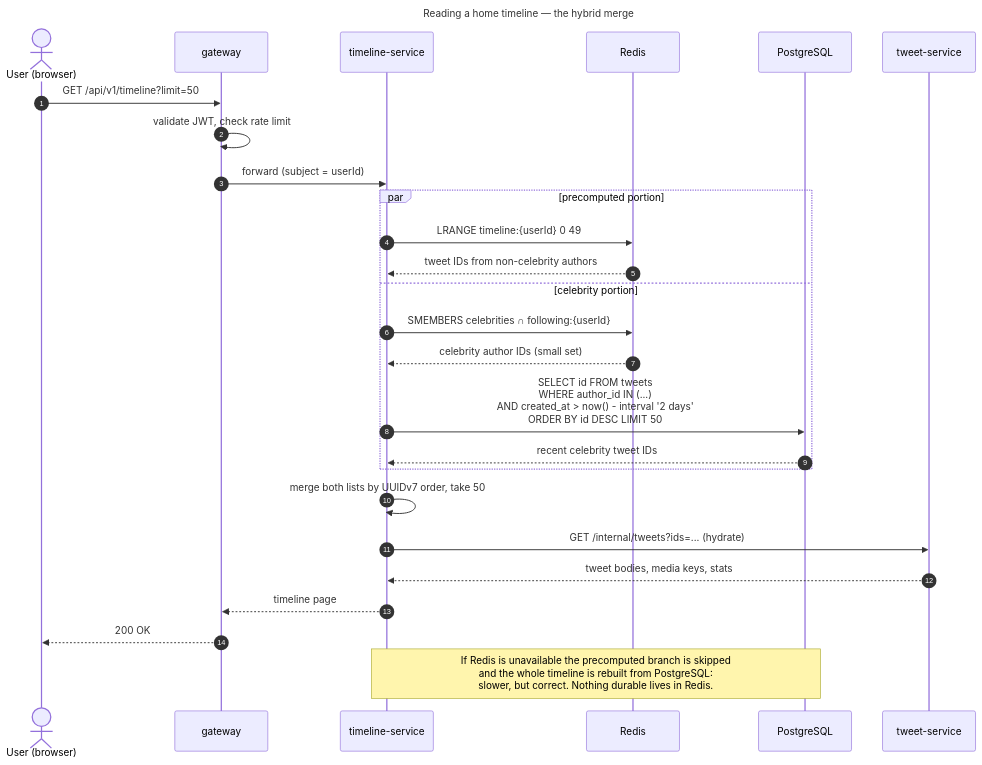
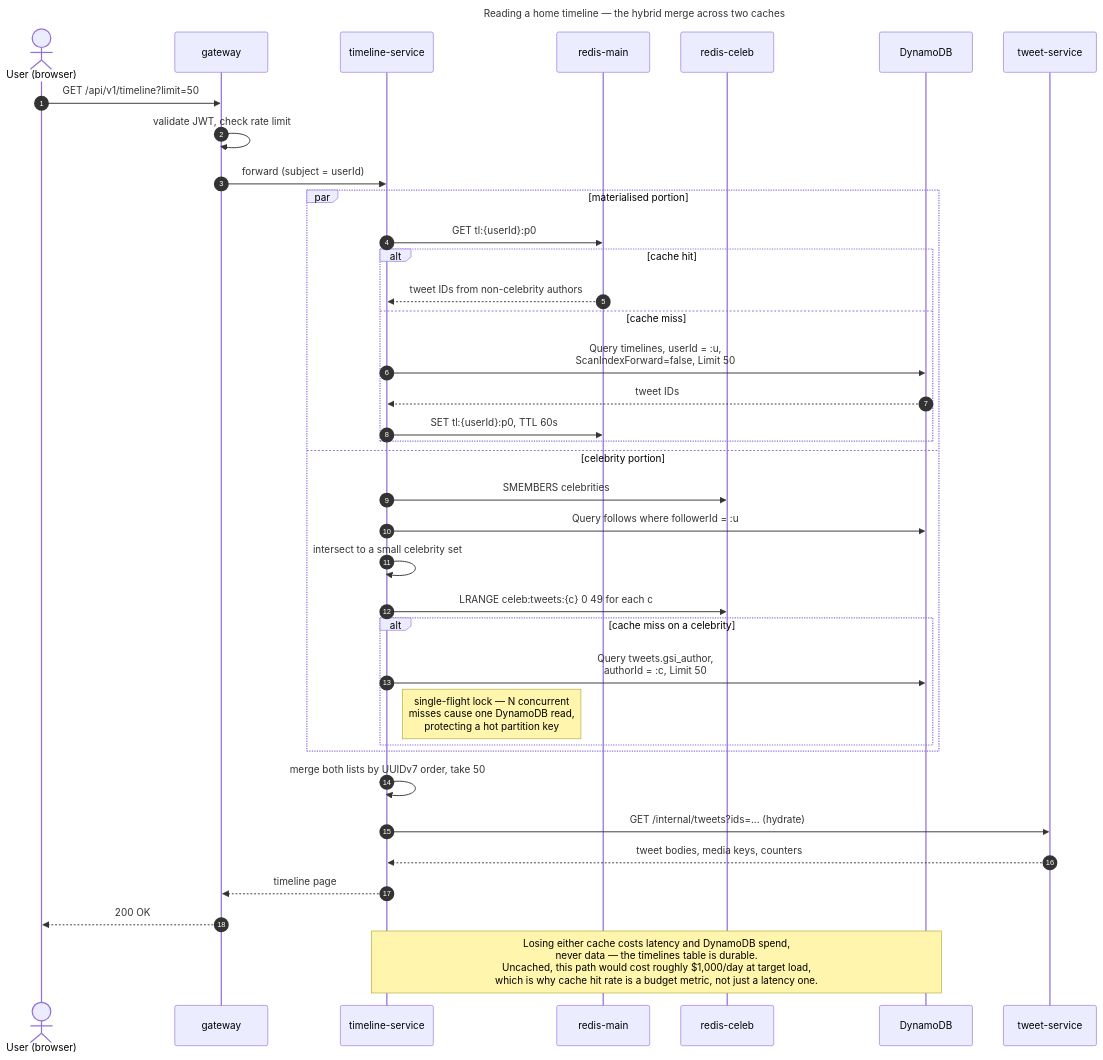
The diagram in docs/diagrams/seq-read-timeline.mmd (moeezurrehman0/starling), drawn with Mermaid before and after one commit. The commit also changed 22 other files, not shown here.

First line of the commit message:
feat!: move operational data to DynamoDB and split the cache tier

```diff
--- a/docs/diagrams/seq-read-timeline.mmd
+++ b/docs/diagrams/seq-read-timeline.mmd
@@ -1,33 +1,44 @@
 ---
-title: Reading a home timeline — the hybrid merge
+title: Reading a home timeline — the hybrid merge across two caches
 ---
 sequenceDiagram
     autonumber
     actor U as User (browser)
     participant G as gateway
     participant TL as timeline-service
-    participant R as Redis
-    participant DB as PostgreSQL
+    participant RM as redis-main
+    participant RC as redis-celeb
+    participant D as DynamoDB
     participant T as tweet-service
 
     U->>G: GET /api/v1/timeline?limit=50
     G->>G: validate JWT, check rate limit
     G->>TL: forward (subject = userId)
 
-    par precomputed portion
-        TL->>R: LRANGE timeline:{userId} 0 49
-        R-->>TL: tweet IDs from non-celebrity authors
+    par materialised portion
+        TL->>RM: GET tl:{userId}:p0
+        alt cache hit
+            RM-->>TL: tweet IDs from non-celebrity authors
+        else cache miss
+            TL->>D: Query timelines, userId = :u,<br/>ScanIndexForward=false, Limit 50
+            D-->>TL: tweet IDs
+            TL->>RM: SET tl:{userId}:p0, TTL 60s
+        end
     and celebrity portion
-        TL->>R: SMEMBERS celebrities ∩ following:{userId}
-        R-->>TL: celebrity author IDs (small set)
-        TL->>DB: SELECT id FROM tweets<br/>WHERE author_id IN (...)<br/>AND created_at > now() - interval '2 days'<br/>ORDER BY id DESC LIMIT 50
-        DB-->>TL: recent celebrity tweet IDs
+        TL->>RC: SMEMBERS celebrities
+        TL->>D: Query follows where followerId = :u
+        TL->>TL: intersect to a small celebrity set
+        TL->>RC: LRANGE celeb:tweets:{c} 0 49 for each c
+        alt cache miss on a celebrity
+            TL->>D: Query tweets.gsi_author,<br/>authorId = :c, Limit 50
+            Note right of TL: single-flight lock — N concurrent<br/>misses cause one DynamoDB read,<br/>protecting a hot partition key
+        end
     end
 
     TL->>TL: merge both lists by UUIDv7 order, take 50
     TL->>T: GET /internal/tweets?ids=...  (hydrate)
-    T-->>TL: tweet bodies, media keys, stats
+    T-->>TL: tweet bodies, media keys, counters
     TL-->>G: timeline page
     G-->>U: 200 OK
 
-    Note over TL,DB: If Redis is unavailable the precomputed branch is skipped<br/>and the whole timeline is rebuilt from PostgreSQL:<br/>slower, but correct. Nothing durable lives in Redis.
+    Note over TL,D: Losing either cache costs latency and DynamoDB spend,<br/>never data — the timelines table is durable.<br/>Uncached, this path would cost roughly $1,000/day at target load,<br/>which is why cache hit rate is a budget metric, not just a latency one.
```
